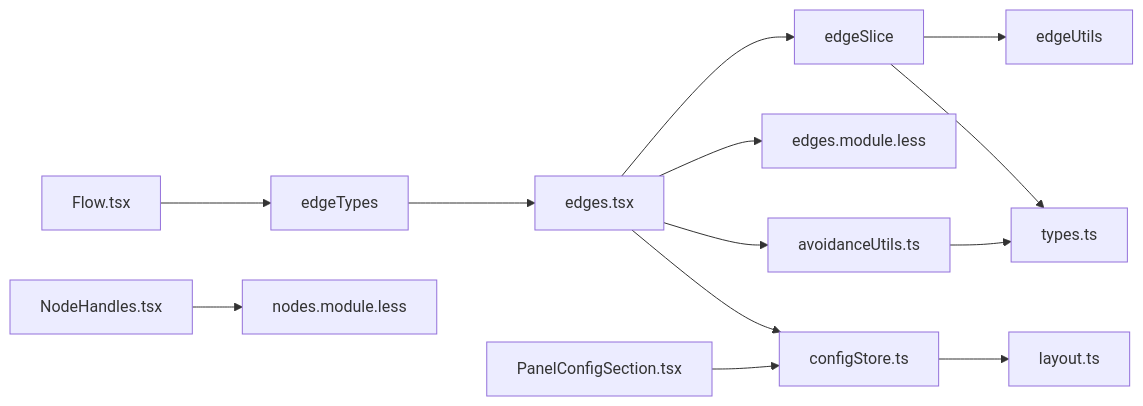
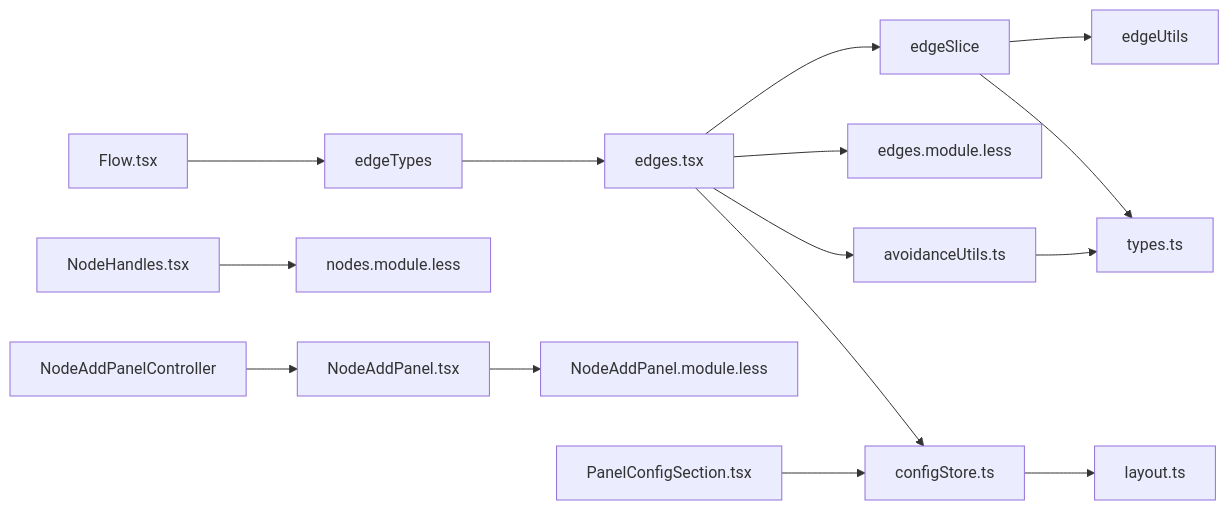
Before and after one commit to kqcoxn/MaaPipelineEditor: the seventh of 7 diagrams in .qoder/repowiki/zh/content/工作流编辑器/连接系统.md, drawn with Mermaid. The commit also changed other lines of this file and 17 other files, not shown here.

````diff
--- a/.qoder/repowiki/zh/content/工作流编辑器/连接系统.md
+++ b/.qoder/repowiki/zh/content/工作流编辑器/连接系统.md
@@ -432,15 +521,17 @@
 ```mermaid
 graph LR
 Flow["Flow.tsx"] --> EdgeTypes["edgeTypes"]
 EdgeTypes --> MarkedEdge["edges.tsx"]
 MarkedEdge --> edgeSlice
 MarkedEdge --> edgesModule["edges.module.less"]
 MarkedEdge --> configStore["configStore.ts"]
 MarkedEdge --> avoidanceUtils["avoidanceUtils.ts"]
 NodeHandles["NodeHandles.tsx"] --> nodesModule["nodes.module.less"]
+NodeAddPanel["NodeAddPanel.tsx"] --> NodeAddPanelModule["NodeAddPanel.module.less"]
+NodeAddPanelController["NodeAddPanelController"] --> NodeAddPanel
 edgeSlice --> edgeUtils
 edgeSlice --> types["types.ts"]
 PanelConfigSection["PanelConfigSection.tsx"] --> configStore
 configStore --> layout["layout.ts"]
 avoidanceUtils --> types
 ```
````
